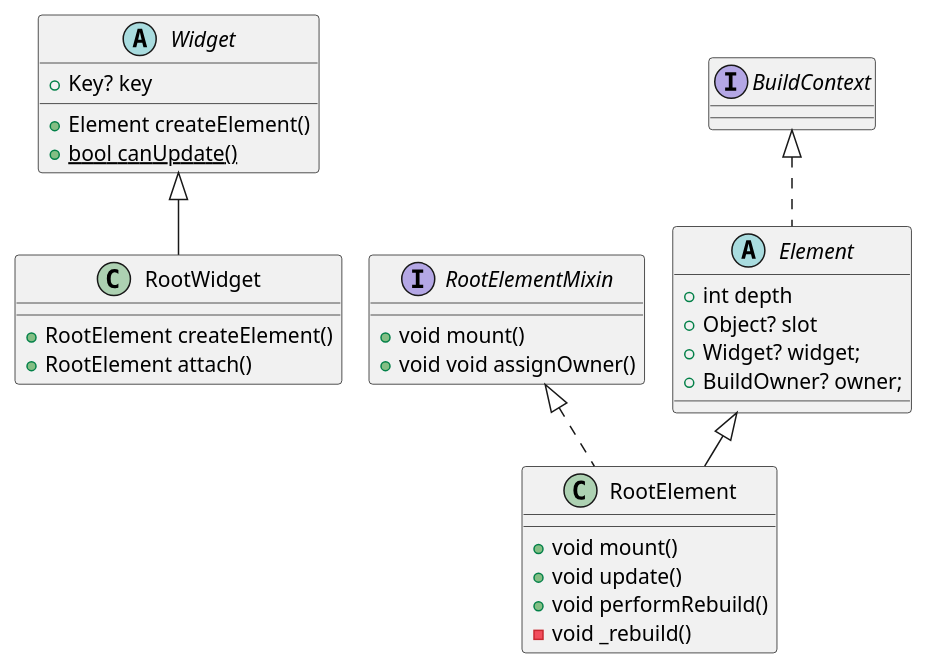
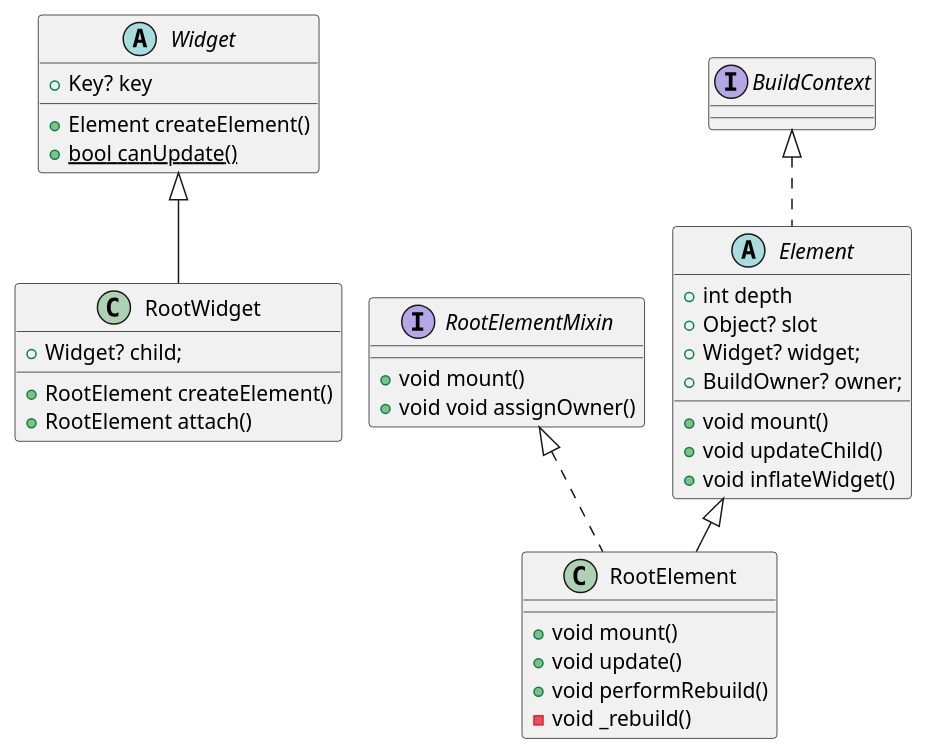
One commit to Zivwu/uml changed the diagram in flutter/root_widget_class.puml. Above: the diagram before and after it, drawn with PlantUML. The commit also changed 1 other file, not shown here.

```diff
--- a/flutter/root_widget_class.puml
+++ b/flutter/root_widget_class.puml
@@ -1,37 +1,41 @@
 @startuml
 'https://plantuml.com/class-diagram
 !pragma layout smetana
 
 
 
 abstract class Widget {
   +Key? key
   +Element createElement()
   {static} +bool canUpdate()
 }
 
 class RootWidget extends Widget {
+    + Widget? child;
     + RootElement createElement()
     + RootElement attach()
 }
 
 interface RootElementMixin {
     + void mount()
     + void void assignOwner()
 }
 
 class RootElement extends Element implements RootElementMixin{
     + void mount()
     + void update()
     + void performRebuild()
     - void _rebuild()
 }
 
 
 abstract class Element implements BuildContext{
     + int depth
     + Object? slot
     + Widget? widget;
     + BuildOwner? owner;
+    + void mount()
+    + void updateChild()
+    + void inflateWidget()
 }
 @enduml
```
